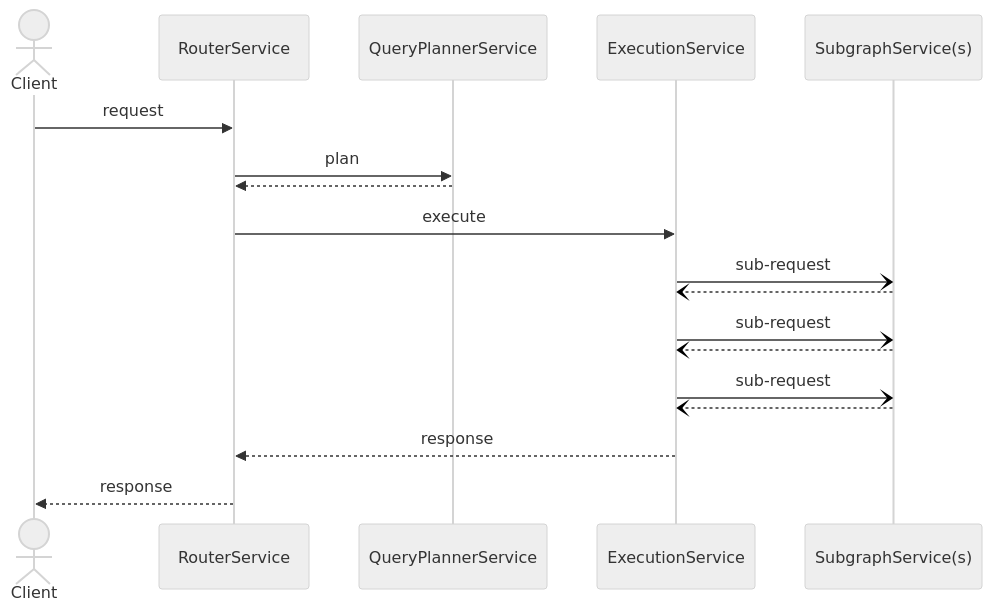
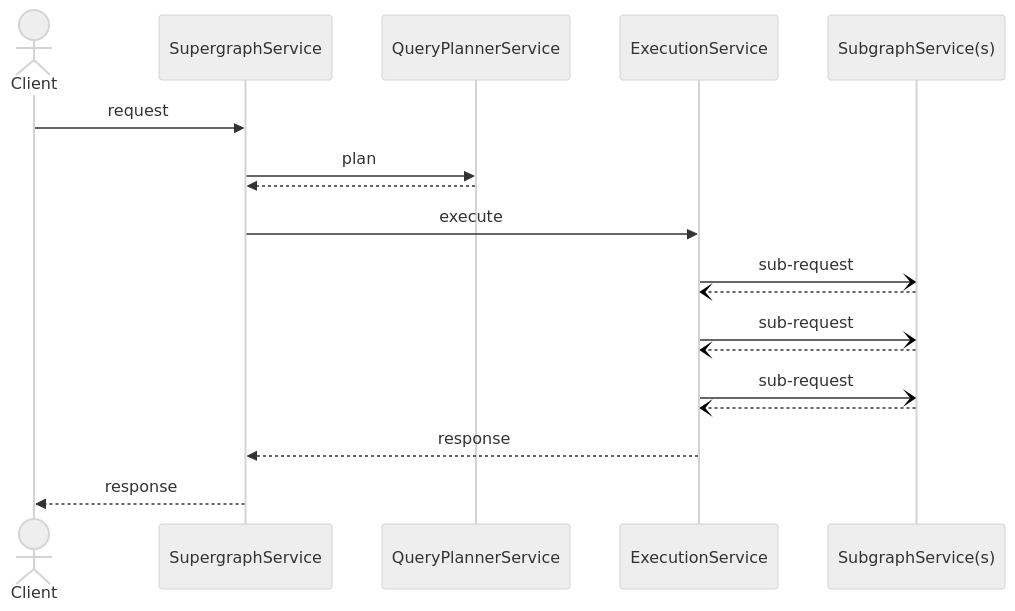
One commit to apollographql/router changed the diagram in examples/context/README.md. Above: the diagram before and after it, drawn with Mermaid (neutral theme). The commit also changed 15 other files, not shown here.

First line of the commit message:
Rename RouterService to SupergraphService in various places

````diff
--- a/examples/context/README.md
+++ b/examples/context/README.md
@@ -15,21 +15,21 @@
 ```mermaid
 sequenceDiagram
     actor Client
-    participant RouterService
+    participant SupergraphService
     participant QueryPlannerService
     participant ExecutionService
     participant SubgraphService(s)
 
-    Client->>RouterService: request
-    RouterService->>QueryPlannerService: plan
-    QueryPlannerService-->>RouterService: 
-    RouterService->>ExecutionService: execute
+    Client->>SupergraphService: request
+    SupergraphService->>QueryPlannerService: plan
+    QueryPlannerService-->>SupergraphService: 
+    SupergraphService->>ExecutionService: execute
     ExecutionService-)SubgraphService(s): sub-request
     SubgraphService(s)--)ExecutionService: 
     ExecutionService-)SubgraphService(s): sub-request
     SubgraphService(s)--)ExecutionService: 
     ExecutionService-)SubgraphService(s): sub-request
     SubgraphService(s)--)ExecutionService: 
-    ExecutionService-->>RouterService: response
-    RouterService-->>Client: response
+    ExecutionService-->>SupergraphService: response
+    SupergraphService-->>Client: response
 ```
````
